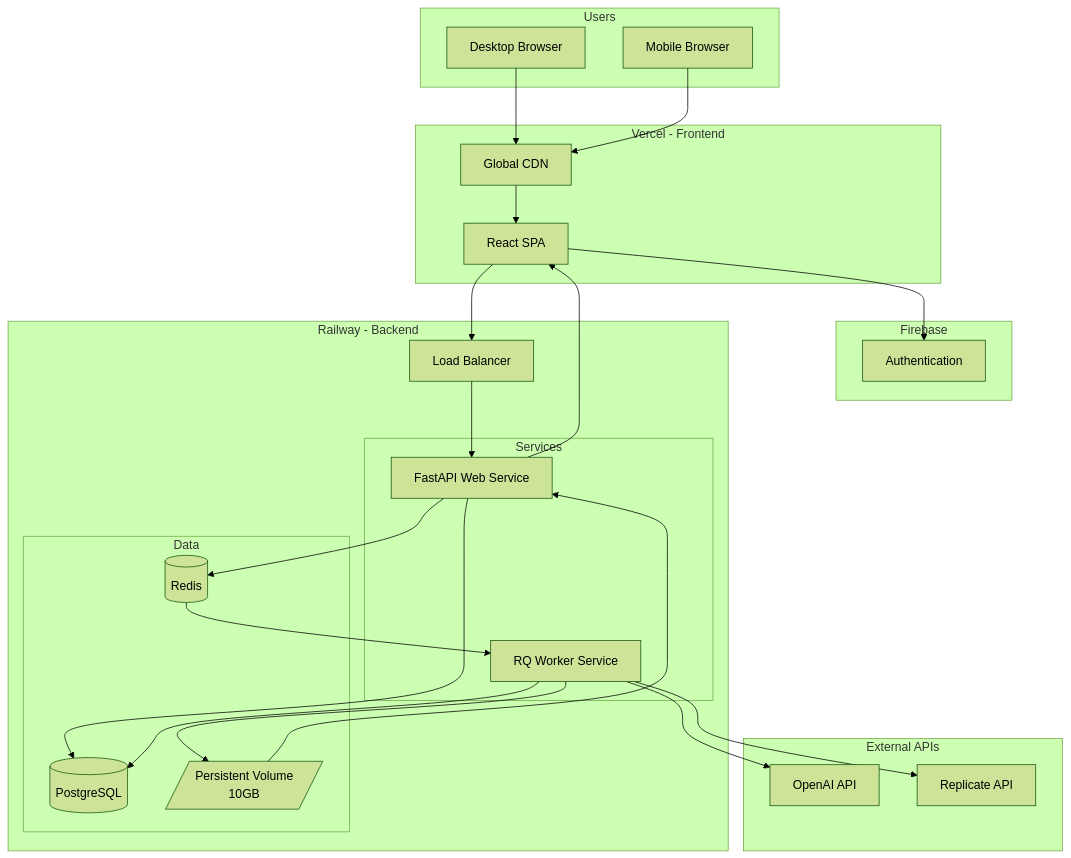
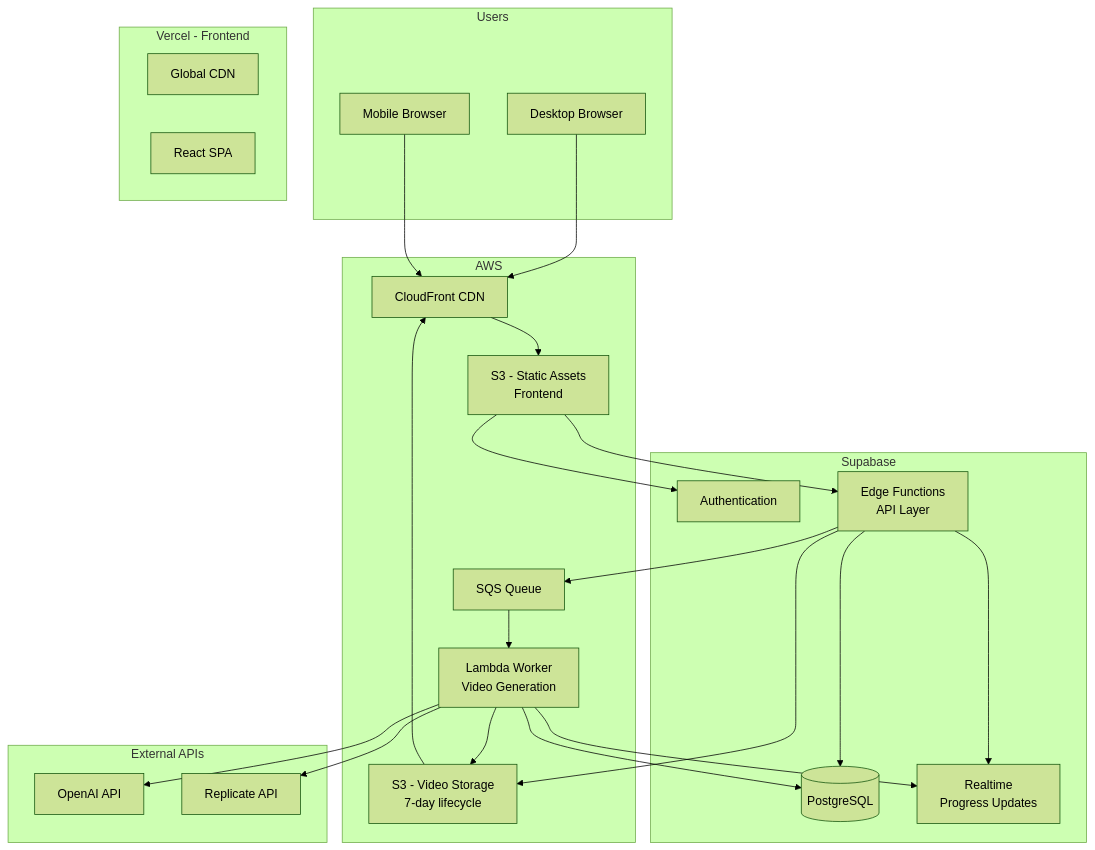
One commit to JoaoCarlinho/video_generator changed the tenth of 13 diagrams in AI_Docs/architecture.md. Above: the diagram before and after it, drawn with Mermaid (forest theme). The commit also changed other lines of this file and 1 other file, not shown here.

Commit message:
deploy to aws

````diff
--- a/AI_Docs/architecture.md
+++ b/AI_Docs/architecture.md
@@ -500,58 +500,54 @@
 ```mermaid
 graph TB
     subgraph "Users"
         Desktop[Desktop Browser]
         Mobile[Mobile Browser]
     end
     
     subgraph "Vercel - Frontend"
         CDN[Global CDN]
         SPA[React SPA]
     end
     
-    subgraph "Firebase"
+    subgraph "Supabase"
         Auth[Authentication]
+        Postgres[(PostgreSQL)]
+        EdgeFn[Edge Functions<br/>API Layer]
+        Realtime[Realtime<br/>Progress Updates]
     end
-    
-    subgraph "Railway - Backend"
-        LB[Load Balancer]
-        
-        subgraph "Services"
-            API[FastAPI Web Service]
-            Worker[RQ Worker Service]
-        end
-        
-        subgraph "Data"
-            Postgres[(PostgreSQL)]
-            Redis[(Redis)]
-            Volume[/Persistent Volume<br/>10GB/]
-        end
+
+    subgraph "AWS"
+        CF[CloudFront CDN]
+        S3_Static[S3 - Static Assets<br/>Frontend]
+        S3_Videos[S3 - Video Storage<br/>7-day lifecycle]
+        SQS[SQS Queue]
+        Lambda[Lambda Worker<br/>Video Generation]
     end
-    
+
     subgraph "External APIs"
         OpenAI_API[OpenAI API]
         Replicate_API[Replicate API]
     end
-    
-    Desktop --> CDN
-    Mobile --> CDN
-    CDN --> SPA
-    
-    SPA --> Auth
-    SPA --> LB
-    
-    LB --> API
-    
-    API --> Postgres
-    API --> Redis
-    
-    Redis --> Worker
-    
-    Worker --> Postgres
-    Worker --> Volume
-    Worker --> OpenAI_API
-    Worker --> Replicate_API
-    
-    Volume --> API
-    API --> SPA
+
+    Desktop --> CF
+    Mobile --> CF
+    CF --> S3_Static
+
+    S3_Static --> Auth
+    S3_Static --> EdgeFn
+
+    EdgeFn --> Postgres
+    EdgeFn --> SQS
+    EdgeFn --> S3_Videos
+    EdgeFn --> Realtime
+
+    SQS --> Lambda
+
+    Lambda --> Postgres
+    Lambda --> S3_Videos
+    Lambda --> OpenAI_API
+    Lambda --> Replicate_API
+    Lambda --> Realtime
+
+    S3_Videos --> CF
 ```
````
